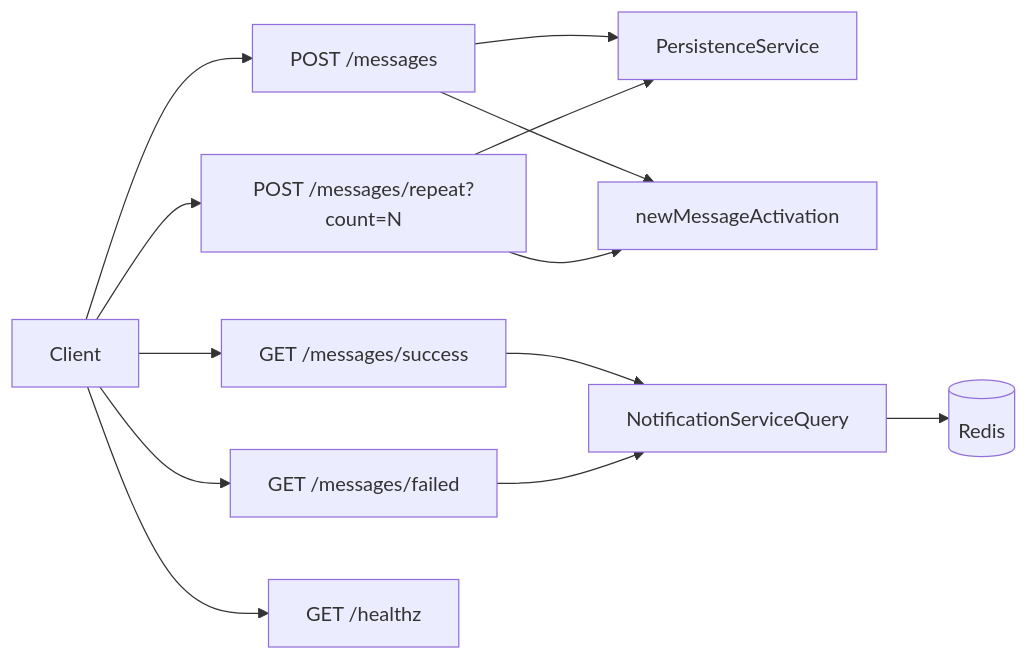
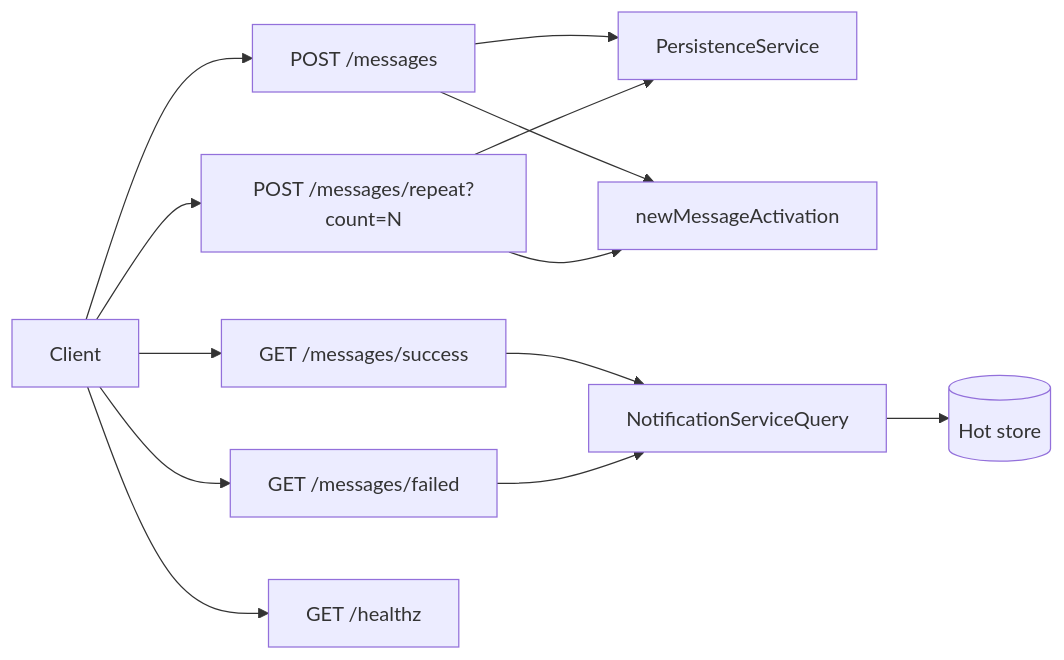
One commit to nitzanshinnies/nitzan_shinnies_inspectio_exercise changed the diagram in plans/REST_API.md. Above: the diagram before and after it, drawn with Mermaid. The commit also changed other lines of this file and 8 other files, not shown here.

First line of the commit message:
docs(plans): align notification hot store with OutcomesHotStore refactor

````diff
--- a/plans/REST_API.md
+++ b/plans/REST_API.md
@@ -195,17 +195,17 @@
 ```mermaid
 flowchart LR
   Client[Client] --> PostMsg[POST /messages]
   Client --> Repeat[POST /messages/repeat?count=N]
   Client --> GetSuccess[GET /messages/success]
   Client --> GetFailed[GET /messages/failed]
   Client --> Health[GET /healthz]
 
   PostMsg --> Persist[PersistenceService]
   PostMsg --> Activate[newMessageActivation]
   Repeat --> Persist
   Repeat --> Activate
 
   GetSuccess --> NotifyQ[NotificationServiceQuery]
   GetFailed --> NotifyQ
-  NotifyQ --> Redis[(Redis)]
+  NotifyQ --> HotStore[(Hot store)]
 ```
````
